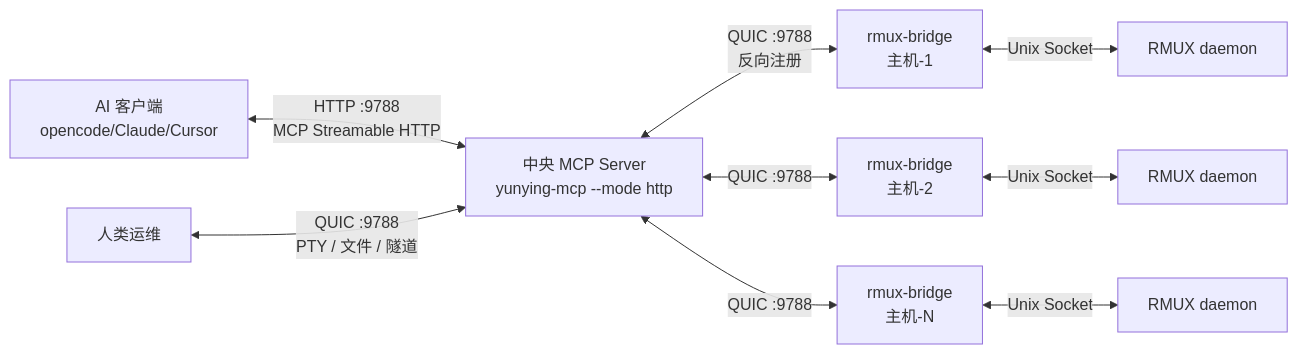
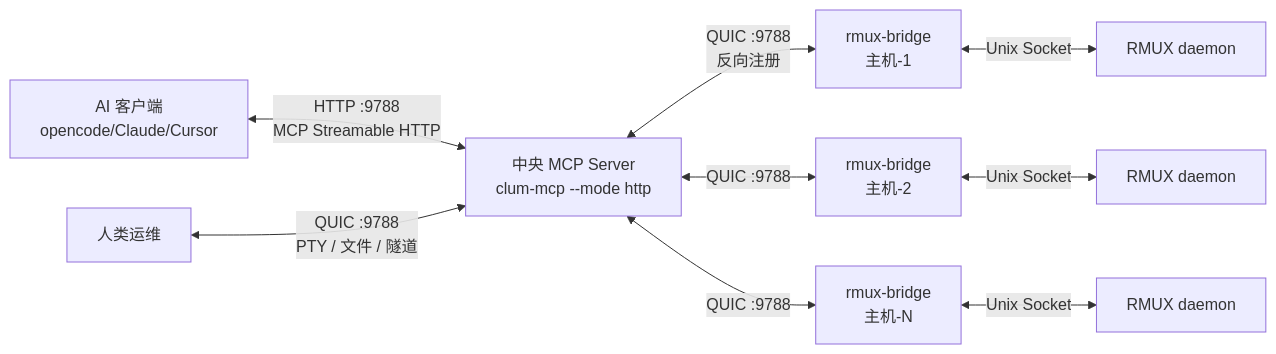
One commit to tddh/clum changed the diagram in README.zh.md. Above: the diagram before and after it, drawn with Mermaid. The commit also changed other lines of this file and 11 other files, not shown here.

Commit message:
rename: all documentation, skills and LICENSE (yunying → clum)

````diff
--- a/README.zh.md
+++ b/README.zh.md
@@ -62,11 +62,11 @@
 ```mermaid
 graph LR
-    A[AI 客户端<br/>opencode/Claude/Cursor] <-->|HTTP :9788<br/>MCP Streamable HTTP| S[中央 MCP Server<br/>yunying-mcp --mode http]
+    A[AI 客户端<br/>opencode/Claude/Cursor] <-->|HTTP :9788<br/>MCP Streamable HTTP| S[中央 MCP Server<br/>clum-mcp --mode http]
     H[人类运维] <-->|QUIC :9788<br/>PTY / 文件 / 隧道| S
     S <-->|QUIC :9788<br/>反向注册| C1[rmux-bridge<br/>主机-1]
     S <-->|QUIC :9788| C2[rmux-bridge<br/>主机-2]
     S <-->|QUIC :9788| C3[rmux-bridge<br/>主机-N]
     C1 <-->|Unix Socket| D1[RMUX daemon]
     C2 <-->|Unix Socket| D2[RMUX daemon]
     C3 <-->|Unix Socket| D3[RMUX daemon]
 ```
````
